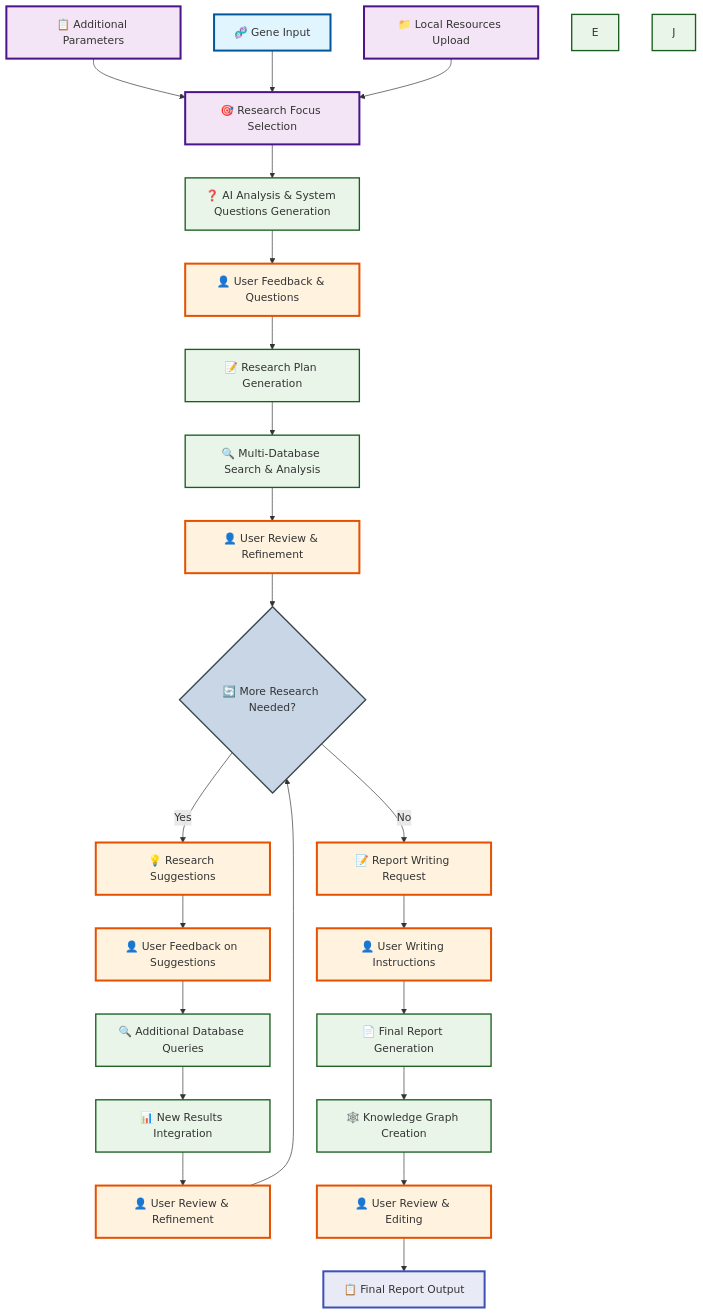
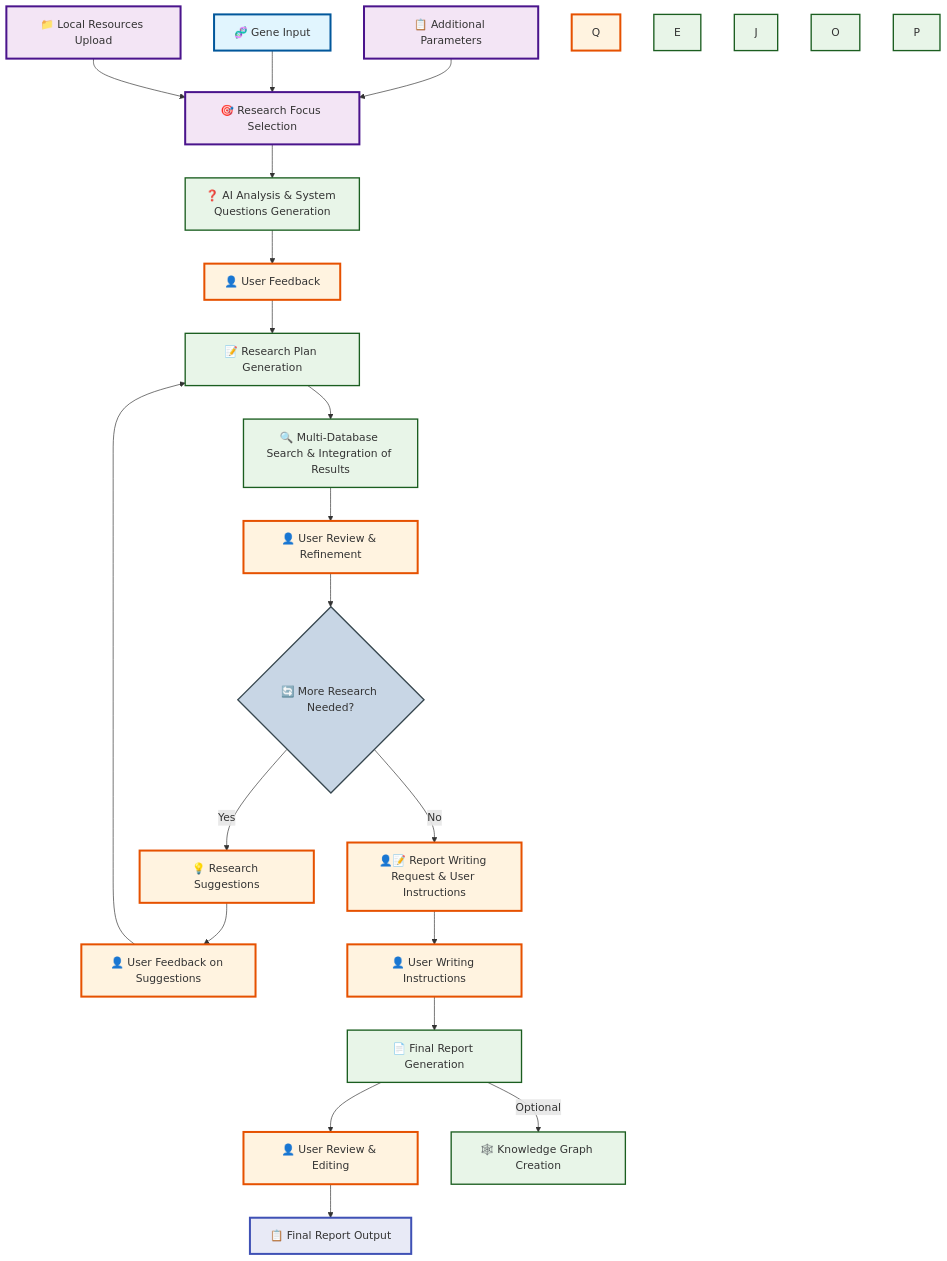
One commit to Scilence2022/DeepGeneResearch changed the diagram in README.md. Above: the diagram before and after it, drawn with Mermaid.

Commit message:
Revise readme

````diff
--- a/README.md
+++ b/README.md
@@ -217,62 +217,60 @@
 ```mermaid
 flowchart TB
     %% User Input Phase
     C[📋 Additional Parameters] --> B
     A[🧬 Gene Input] --> B[🎯 Research Focus Selection]
     D[📁 Local Resources Upload] --> B
     
     %% AI Analysis Phase
     B --> F[❓ AI Analysis & System Questions Generation]
-    F --> G[👤 User Feedback & Questions]
+    F --> G[👤 User Feedback]
     G --> H[📝 Research Plan Generation]
     
     %% Search Phase
-    H --> I[🔍 Multi-Database Search & Analysis]
+    H --> I[🔍 Multi-Database Search & Integration of Results]
     I --> K[👤 User Review & Refinement]
     K --> L{🔄 More Research Needed?}
     
     %% Iteration Loop
     L -->|Yes| M[💡 Research Suggestions]
     M --> N[👤 User Feedback on Suggestions]
-    N --> O[🔍 Additional Database Queries]
-    O --> P[📊 New Results Integration]
-    P --> Q[👤 User Review & Refinement]
-    Q --> L
+    N --> H
+    
     
     %% Final Phase
-    L -->|No| R[📝 Report Writing Request]
+    L -->|No| R[👤📝 Report Writing Request & User Instructions]
     R --> S[👤 User Writing Instructions]
     S --> T[📄 Final Report Generation]
-    T --> U[🕸️ Knowledge Graph Creation]
-    U --> V[👤 User Review & Editing]
+    T --> V[👤 User Review & Editing]
+    T --> |Optional| U[🕸️ Knowledge Graph Creation]
     V --> W[📋 Final Report Output]
     
     %% User Interaction Styling
     style A fill:#e1f5fe,stroke:#01579b,stroke-width:3px
     style B fill:#f3e5f5,stroke:#4a148c,stroke-width:3px
     style C fill:#f3e5f5,stroke:#4a148c,stroke-width:3px
     style D fill:#f3e5f5,stroke:#4a148c,stroke-width:3px
     style G fill:#fff3e0,stroke:#e65100,stroke-width:3px
     style K fill:#fff3e0,stroke:#e65100,stroke-width:3px
     style M fill:#fff3e0,stroke:#e65100,stroke-width:3px
     style N fill:#fff3e0,stroke:#e65100,stroke-width:3px
     style Q fill:#fff3e0,stroke:#e65100,stroke-width:3px
     style R fill:#fff3e0,stroke:#e65100,stroke-width:3px
     style S fill:#fff3e0,stroke:#e65100,stroke-width:3px
     style V fill:#fff3e0,stroke:#e65100,stroke-width:3px
     
     %% AI Processing Styling
     style E fill:#e8f5e8,stroke:#1b5e20,stroke-width:2px
     style F fill:#e8f5e8,stroke:#1b5e20,stroke-width:2px
     style H fill:#e8f5e8,stroke:#1b5e20,stroke-width:2px
     style I fill:#e8f5e8,stroke:#1b5e20,stroke-width:2px
     style J fill:#e8f5e8,stroke:#1b5e20,stroke-width:2px
     style O fill:#e8f5e8,stroke:#1b5e20,stroke-width:2px
     style P fill:#e8f5e8,stroke:#1b5e20,stroke-width:2px
     style T fill:#e8f5e8,stroke:#1b5e20,stroke-width:2px
     style U fill:#e8f5e8,stroke:#1b5e20,stroke-width:2px
     
     %% Decision and Output Styling
     style L fill:#c8d6e5,stroke:#37474f,stroke-width:2px
     style W fill:#e8eaf6,stroke:#3f51b5,stroke-width:3px
 ```
````
